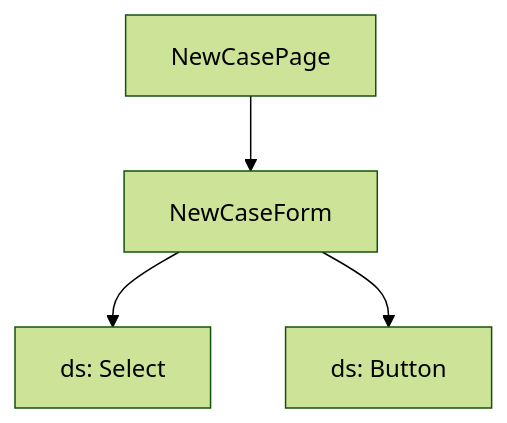
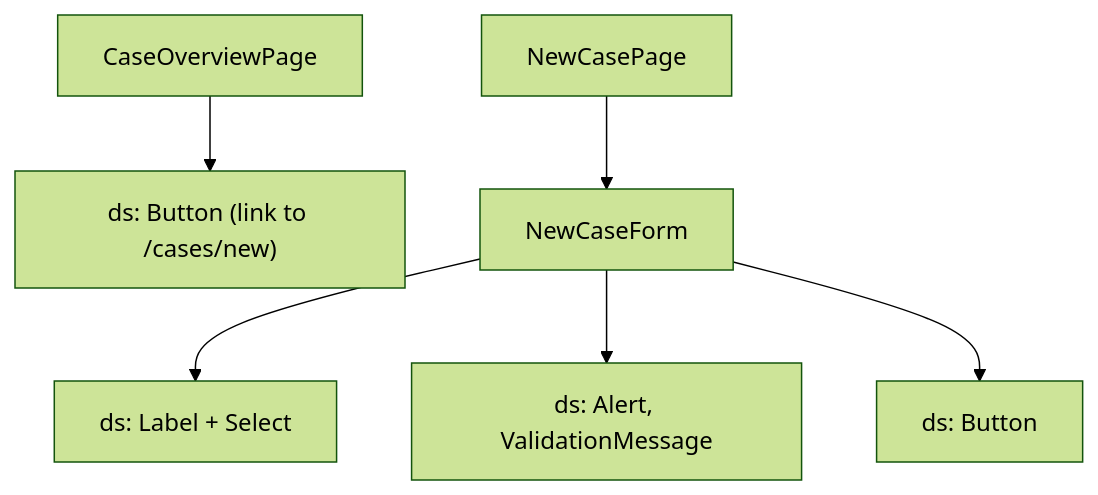
The second of 2 diagrams in docs/features/F-001-create-case.md (TLS97/tines-case-management-system), drawn with Mermaid (forest theme) before and after one commit. The commit also changed other lines of this file and 28 other files, not shown here.

First line of the commit message:
feat(cases): create a supervision case (T2.1, F-001) (#14)

````diff
--- a/docs/features/F-001-create-case.md
+++ b/docs/features/F-001-create-case.md
@@ -31,6 +32,8 @@
 ```mermaid
 flowchart TD
+  CaseOverviewPage --> NewCaseButton["ds: Button (link to /cases/new)"]
   NewCasePage --> NewCaseForm
-  NewCaseForm --> FieldSelect[ds: Select]
+  NewCaseForm --> FieldSelect[ds: Label + Select]
+  NewCaseForm --> Error[ds: Alert, ValidationMessage]
   NewCaseForm --> Submit[ds: Button]
 ```
````
